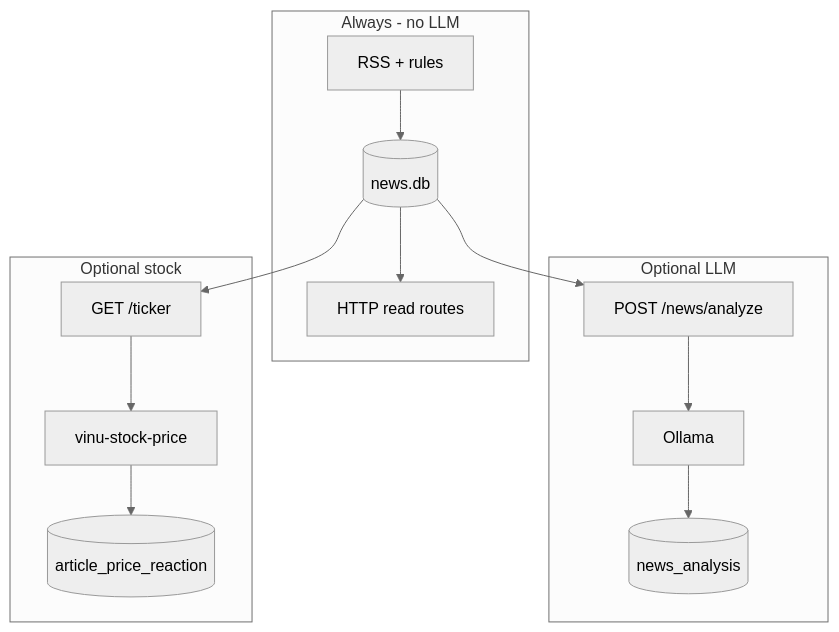
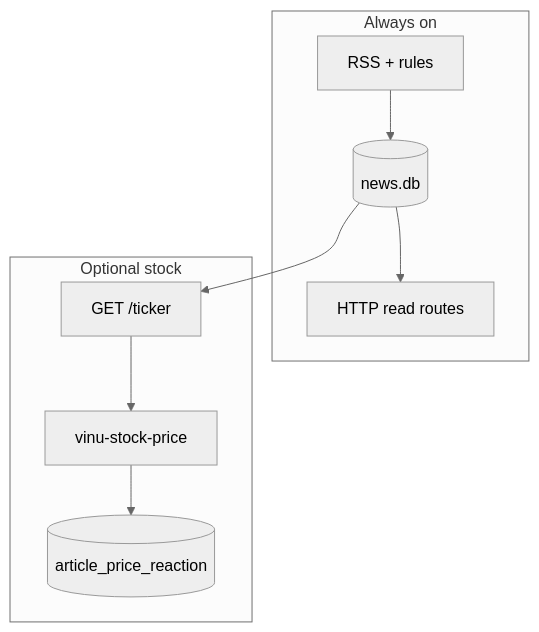
Before and after one commit to vinayakas1997/my-trading-work-3: the third of 3 diagrams in vinu-components/vinu-news/docs/book/ARCHITECTURE.md, drawn with Mermaid (neutral theme). The commit also changed other lines of this file and 137 other files, not shown here.

Commit message:
the testing and the news llm analysiosis comleetly removed

````diff
--- a/vinu-components/vinu-news/docs/book/ARCHITECTURE.md
+++ b/vinu-components/vinu-news/docs/book/ARCHITECTURE.md
@@ -145,20 +105,14 @@
 ```mermaid
 flowchart TB
-  subgraph always [Always - no LLM]
+  subgraph always [Always on]
     RSS[RSS + rules] --> SQLite[(news.db)]
     SQLite --> API[HTTP read routes]
-  end
-
-  subgraph optLLM [Optional LLM]
-    API2[POST /news/analyze] --> LLM[Ollama]
-    LLM --> Cache[(news_analysis)]
   end
 
   subgraph optStock [Optional stock]
     API3[GET /ticker] --> Stock[vinu-stock-price]
     Stock --> PRC[(article_price_reaction)]
   end
 
-  SQLite --> API2
   SQLite --> API3
 ```
````
